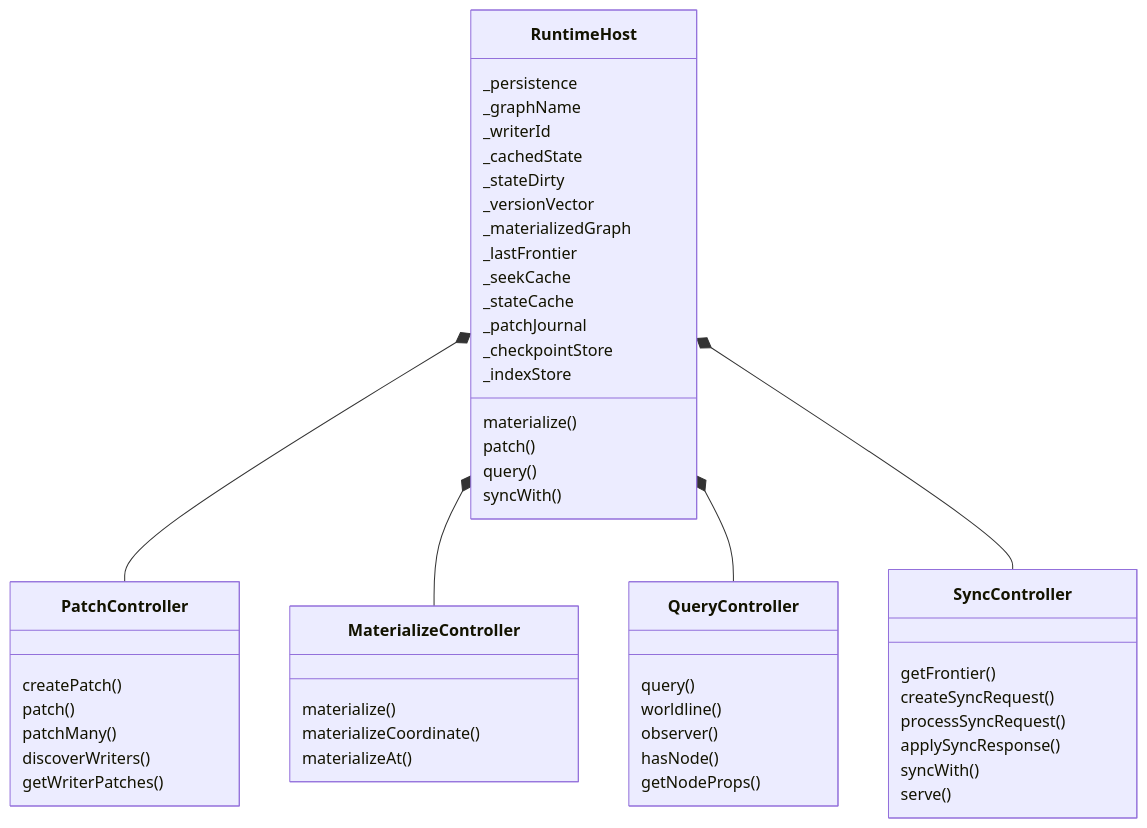
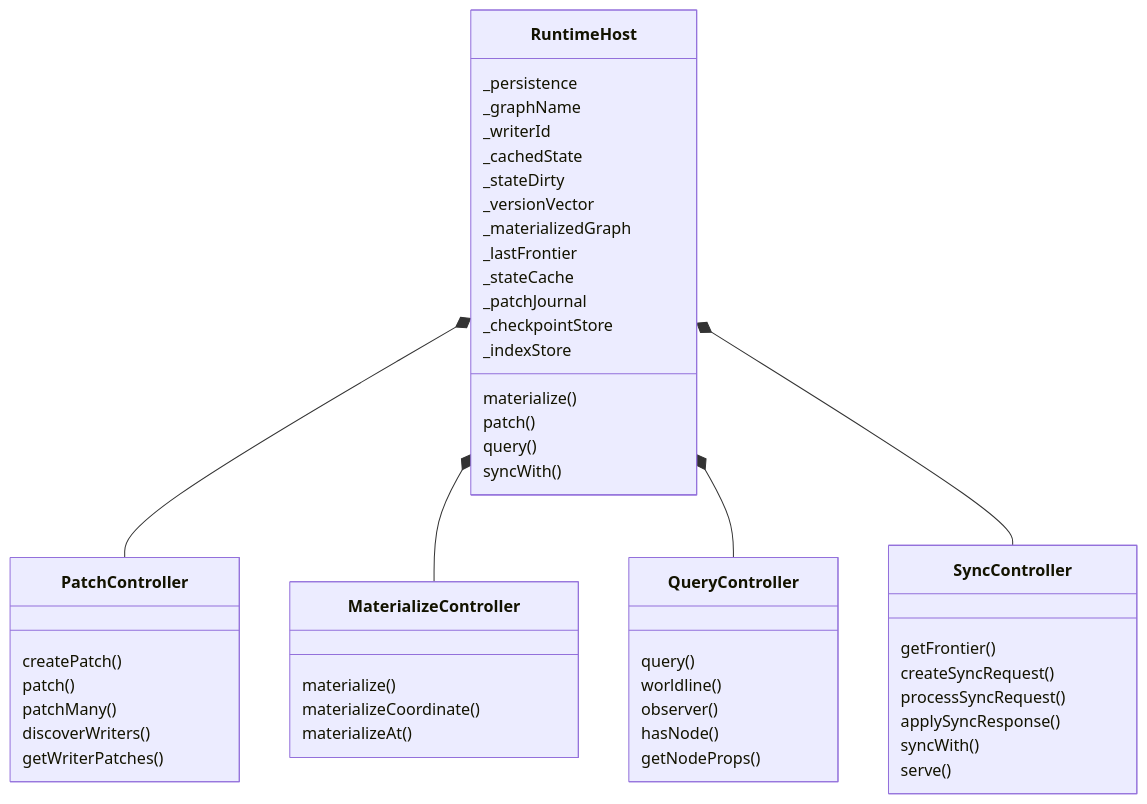
One commit to git-stunts/git-warp changed the sixth of 25 diagrams in docs/TECHNICAL_TEARDOWN.md. Above: the diagram before and after it, drawn with Mermaid. The commit also changed other lines of this file and 138 other files, not shown here.

````diff
--- a/docs/TECHNICAL_TEARDOWN.md
+++ b/docs/TECHNICAL_TEARDOWN.md
@@ -273,58 +265,57 @@
 ```mermaid
 classDiagram
     class RuntimeHost {
       _persistence
       _graphName
       _writerId
       _cachedState
       _stateDirty
       _versionVector
       _materializedGraph
       _lastFrontier
-      _seekCache
       _stateCache
       _patchJournal
       _checkpointStore
       _indexStore
       materialize()
       patch()
       query()
       syncWith()
     }
 
     class PatchController {
       createPatch()
       patch()
       patchMany()
       discoverWriters()
       getWriterPatches()
     }
 
     class MaterializeController {
       materialize()
       materializeCoordinate()
       materializeAt()
     }
 
     class QueryController {
       query()
       worldline()
       observer()
       hasNode()
       getNodeProps()
     }
 
     class SyncController {
       getFrontier()
       createSyncRequest()
       processSyncRequest()
       applySyncResponse()
       syncWith()
       serve()
     }
 
     RuntimeHost *-- PatchController
     RuntimeHost *-- MaterializeController
     RuntimeHost *-- QueryController
     RuntimeHost *-- SyncController
 ```
````
